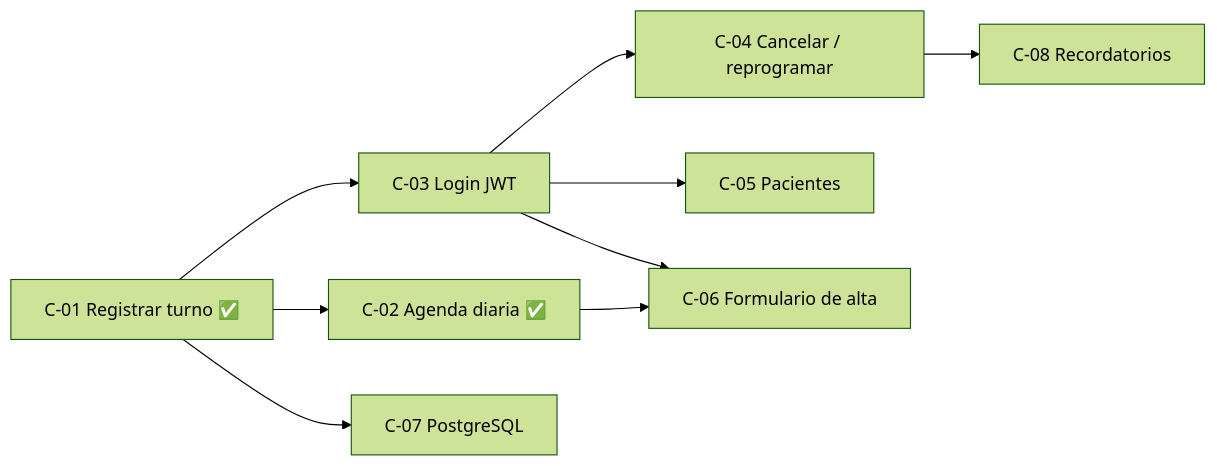
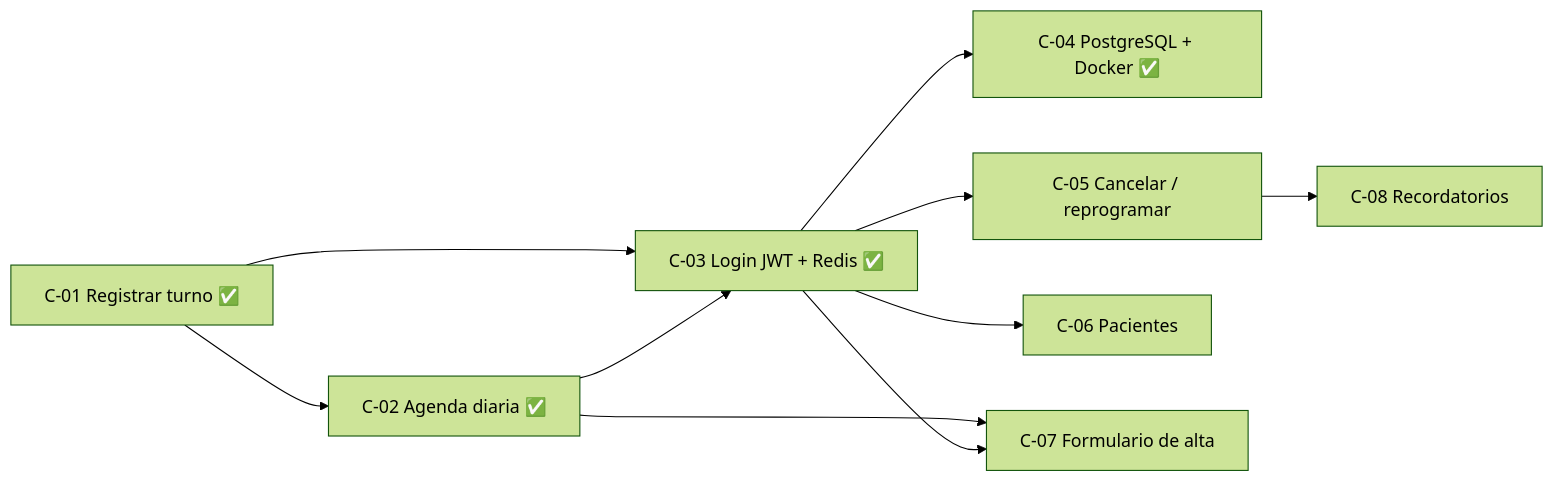
One commit to Nacho30/UTN-METODOLOGIA-TPI changed the diagram in ROADMAP.md. Above: the diagram before and after it, drawn with Mermaid (forest theme). The commit also changed other lines of this file and 14 other files, not shown here.

````diff
--- a/ROADMAP.md
+++ b/ROADMAP.md
@@ -20,11 +20,12 @@
 ```mermaid
 graph LR
   C01[C-01 Registrar turno ✅] --> C02[C-02 Agenda diaria ✅]
-  C01 --> C03[C-03 Login JWT]
-  C01 --> C07[C-07 PostgreSQL]
-  C03 --> C04[C-04 Cancelar / reprogramar]
-  C03 --> C05[C-05 Pacientes]
-  C02 --> C06[C-06 Formulario de alta]
-  C03 --> C06
-  C04 --> C08[C-08 Recordatorios]
+  C01 --> C03[C-03 Login JWT + Redis ✅]
+  C02 --> C03
+  C03 --> C04[C-04 PostgreSQL + Docker ✅]
+  C03 --> C05[C-05 Cancelar / reprogramar]
+  C03 --> C06[C-06 Pacientes]
+  C02 --> C07[C-07 Formulario de alta]
+  C03 --> C07
+  C05 --> C08[C-08 Recordatorios]
 ```
````
